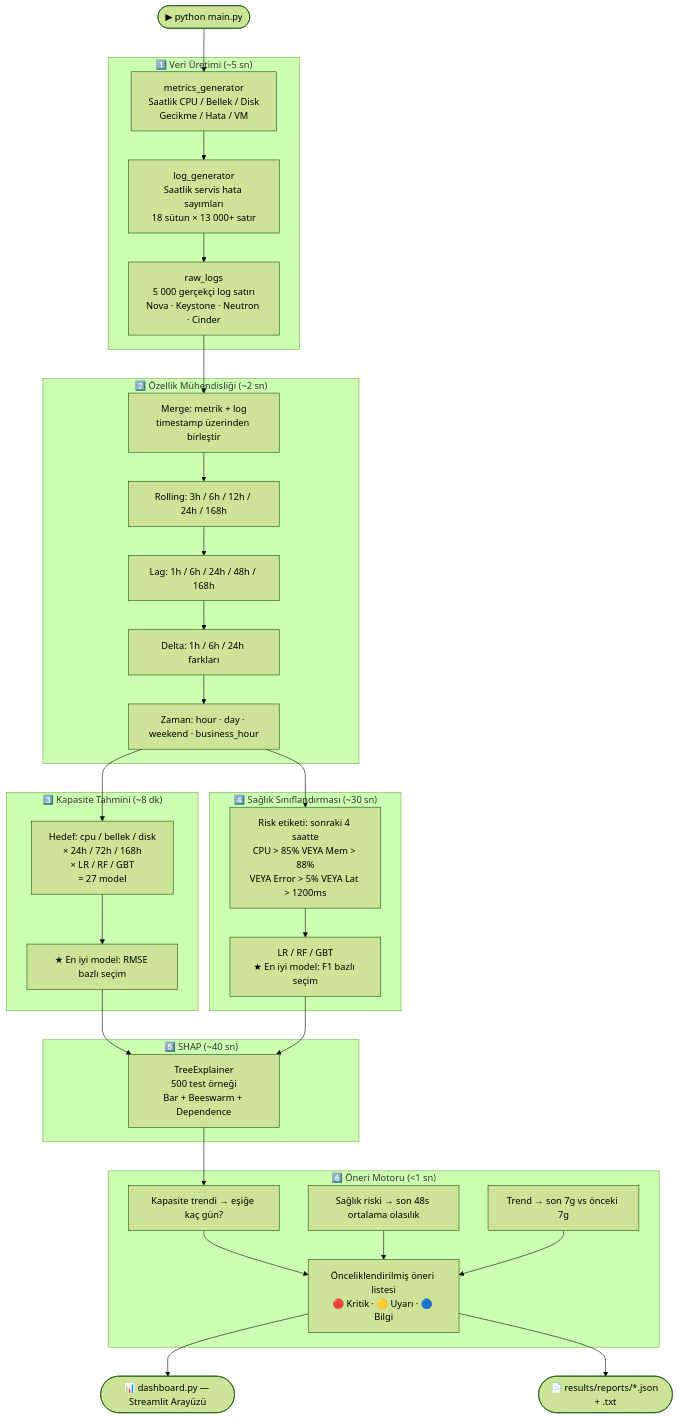
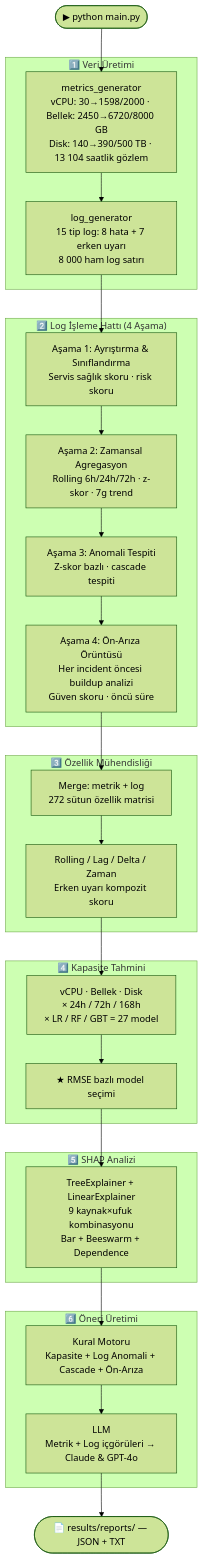
Before and after one commit to ysfkyya/cloudmon: the diagram in README.md, drawn with Mermaid (forest theme). The commit also changed other lines of this file and 10 other files, not shown here.

````diff
--- a/README.md
+++ b/README.md
@@ -143,58 +139,51 @@
 ```mermaid
 flowchart TD
     A([▶ python main.py]) --> B
 
-    subgraph ADIM1 ["1️⃣  Veri Üretimi (~5 sn)"]
-        B[metrics_generator\nSaatlik CPU / Bellek / Disk\nGecikme / Hata / VM]
-        C[log_generator\nSaatlik servis hata sayımları\n18 sütun × 13 000+ satır]
-        D[raw_logs\n5 000 gerçekçi log satırı\nNova · Keystone · Neutron · Cinder]
+    subgraph ADIM1 ["1️⃣  Veri Üretimi"]
+        B[metrics_generator\nvCPU: 30→1598/2000 · Bellek: 2450→6720/8000 GB\nDisk: 140→390/500 TB · 13 104 saatlik gözlem]
+        C[log_generator\n15 tip log: 8 hata + 7 erken uyarı\n8 000 ham log satırı]
         B --> C
-        C --> D
     end
 
-    D --> E
+    C --> D
 
-    subgraph ADIM2 ["2️⃣  Özellik Mühendisliği (~2 sn)"]
-        E[Merge: metrik + log\ntimestamp üzerinden birleştir]
-        F[Rolling: 3h / 6h / 12h / 24h / 168h]
-        G[Lag: 1h / 6h / 24h / 48h / 168h]
-        H[Delta: 1h / 6h / 24h farkları]
-        I[Zaman: hour · day · weekend · business_hour]
-        E --> F --> G --> H --> I
+    subgraph ADIM2 ["2️⃣  Log İşleme Hattı (4 Aşama)"]
+        D[Aşama 1: Ayrıştırma & Sınıflandırma\nServis sağlık skoru · risk skoru]
+        E[Aşama 2: Zamansal Agregasyon\nRolling 6h/24h/72h · z-skor · 7g trend]
+        F[Aşama 3: Anomali Tespiti\nZ-skor bazlı · cascade tespiti]
+        G[Aşama 4: Ön-Arıza Örüntüsü\nHer incident öncesi buildup analizi\nGüven skoru · öncü süre]
+        D --> E --> F --> G
+    end
+
+    G --> H
+
+    subgraph ADIM3 ["3️⃣  Özellik Mühendisliği"]
+        H[Merge: metrik + log\n272 sütun özellik matrisi]
+        I[Rolling / Lag / Delta / Zaman\nErken uyarı kompozit skoru]
+        H --> I
     end
 
     I --> J
-    I --> K
 
-    subgraph ADIM3 ["3️⃣  Kapasite Tahmini (~8 dk)"]
-        J[Hedef: cpu / bellek / disk\n× 24h / 72h / 168h\n× LR / RF / GBT\n= 27 model]
-        J --> J1[★ En iyi model: RMSE bazlı seçim]
+    subgraph ADIM4 ["4️⃣  Kapasite Tahmini"]
+        J[vCPU · Bellek · Disk\n× 24h / 72h / 168h\n× LR / RF / GBT = 27 model]
+        J --> J1[★ RMSE bazlı model seçimi]
     end
 
-    subgraph ADIM4 ["4️⃣  Sağlık Sınıflandırması (~30 sn)"]
-        K[Risk etiketi: sonraki 4 saatte\nCPU > 85% VEYA Mem > 88%\nVEYA Error > 5% VEYA Lat > 1200ms]
-        K --> K1[LR / RF / GBT\n★ En iyi model: F1 bazlı seçim]
+    J1 --> K
+
+    subgraph ADIM5 ["5️⃣  SHAP Analizi"]
+        K[TreeExplainer + LinearExplainer\n9 kaynak×ufuk kombinasyonu\nBar + Beeswarm + Dependence]
     end
 
-    J1 --> L
-    K1 --> L
+    K --> L
 
-    subgraph ADIM5 ["5️⃣  SHAP (~40 sn)"]
-        L[TreeExplainer\n500 test örneği\nBar + Beeswarm + Dependence]
+    subgraph ADIM6 ["6️⃣  Öneri Üretimi"]
+        L[Kural Motoru\nKapasite + Log Anomali + Cascade + Ön-Arıza]
+        M[LLM\nMetrik + Log içgörüleri → Claude & GPT-4o]
+        L --> M
     end
 
-    L --> M
-
-    subgraph ADIM6 ["6️⃣  Öneri Motoru (<1 sn)"]
-        M[Kapasite trendi → eşiğe kaç gün?]
-        N[Sağlık riski → son 48s ortalama olasılık]
-        O[Trend → son 7g vs önceki 7g]
-        M --> P
-        N --> P
-        O --> P
-        P[Önceliklendirilmiş öneri listesi\n🔴 Kritik · 🟡 Uyarı · 🔵 Bilgi]
-    end
-
-    P --> Q([📊 dashboard.py — Streamlit Arayüzü])
-    P --> R([📄 results/reports/*.json + .txt])
+    M --> N([📄 results/reports/ — JSON + TXT])
 ```
````
